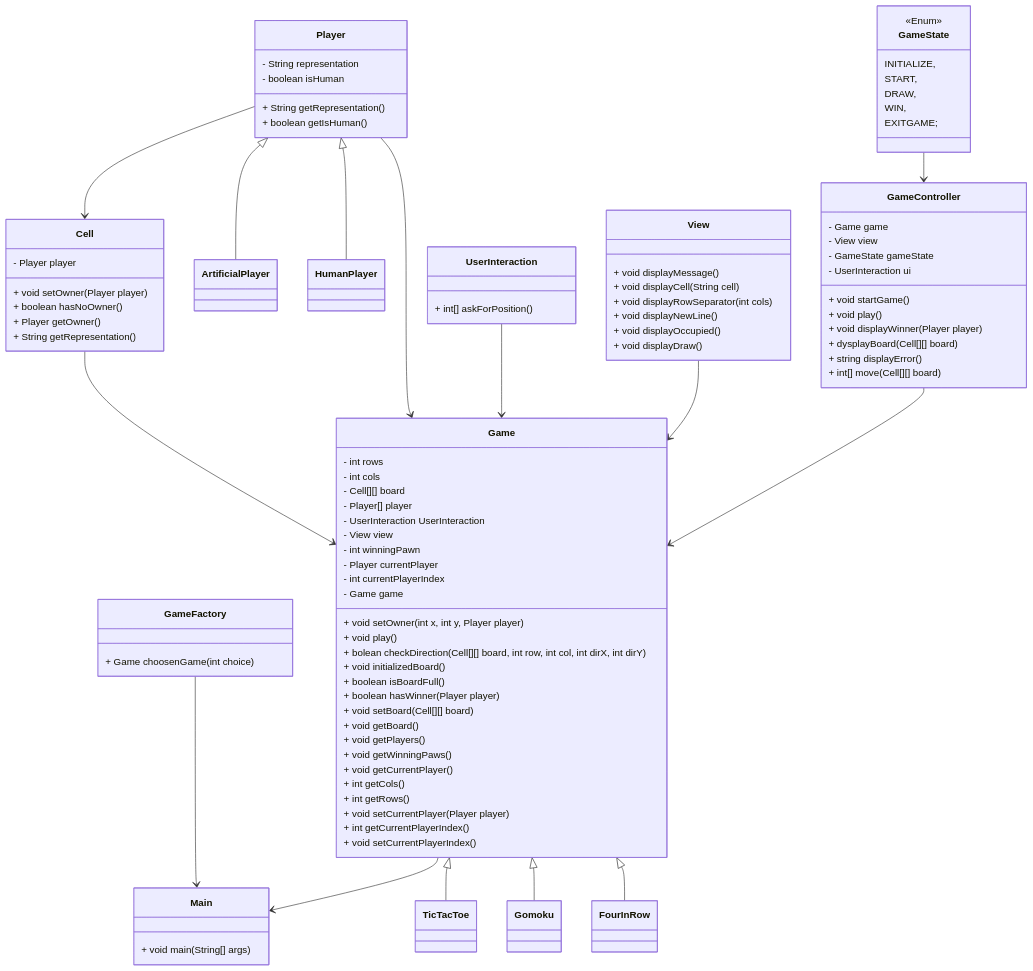
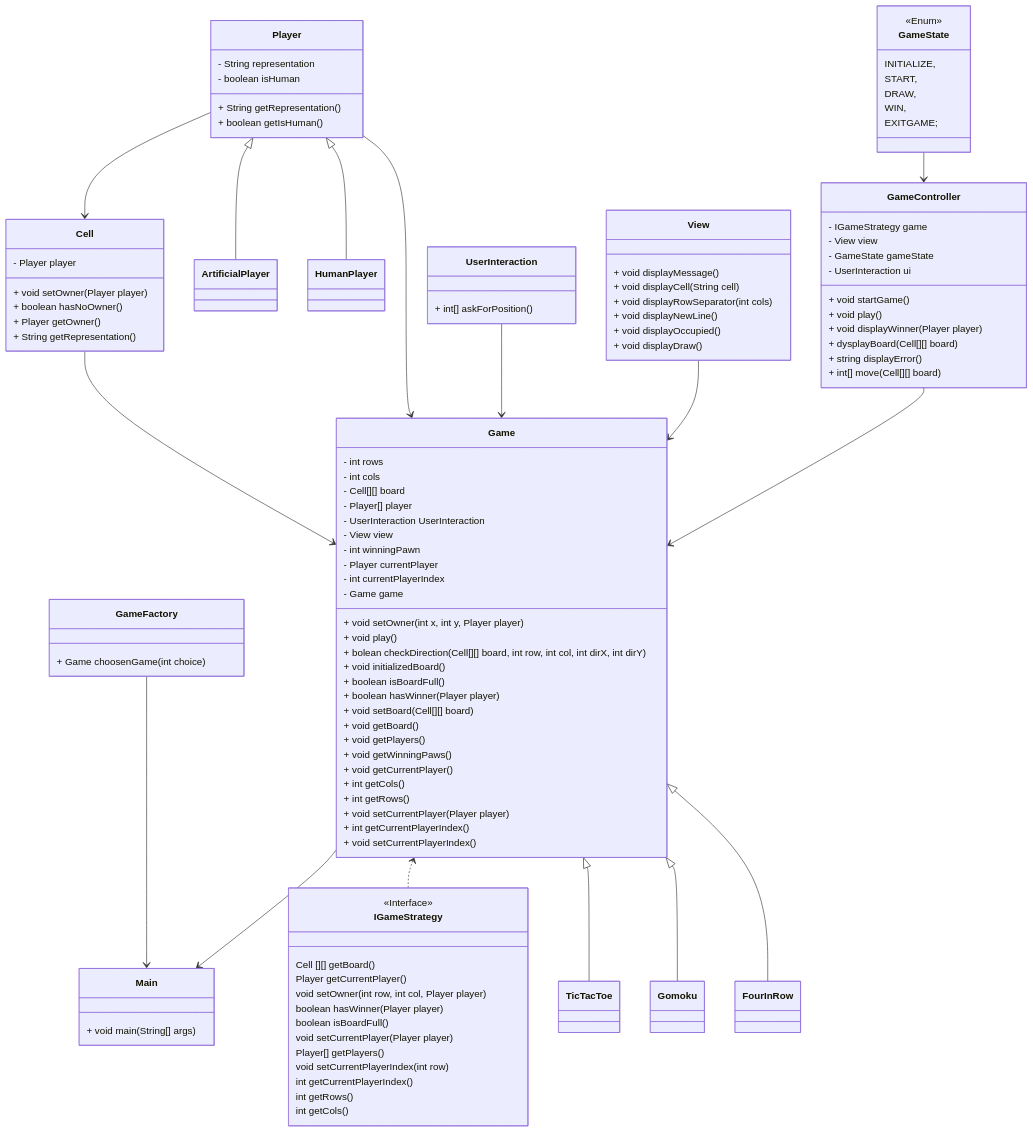
One commit to AntoineQtn/TicTacToe changed the diagram in README.md. Above: the diagram before and after it, drawn with Mermaid. The commit also changed other lines of this file and 11 other files, not shown here.

Commit message:
feat / Strategy pettern implementation with the IGameStrategy interface

```diff
--- a/README.md
+++ b/README.md
@@ -108,7 +108,7 @@
     }
 
     class GameController{
-        - Game game
+        - IGameStrategy game
         - View view
         - GameState gameState
         - UserInteraction ui
@@ -118,6 +118,23 @@
         + dysplayBoard(Cell[][] board)
         + string displayError()
         + int[] move(Cell[][] board)
+    }
+
+    class IGameStrategy {
+        <<Interface>>
+
+Cell [][] getBoard()
+Player getCurrentPlayer()
+void setOwner(int row, int col, Player player)
+boolean hasWinner(Player player)
+boolean isBoardFull()
+void setCurrentPlayer(Player player)
+Player[] getPlayers()
+void setCurrentPlayerIndex(int row)
+int getCurrentPlayerIndex()
+int getRows()
+int getCols()   
+
     }
       
 class GameFactory {
@@ -141,6 +158,7 @@
     GameState --> GameController
 
     Game --> Main
+    Game <.. IGameStrategy
 
     Game <|-- TicTacToe
     Game <|-- Gomoku
```
